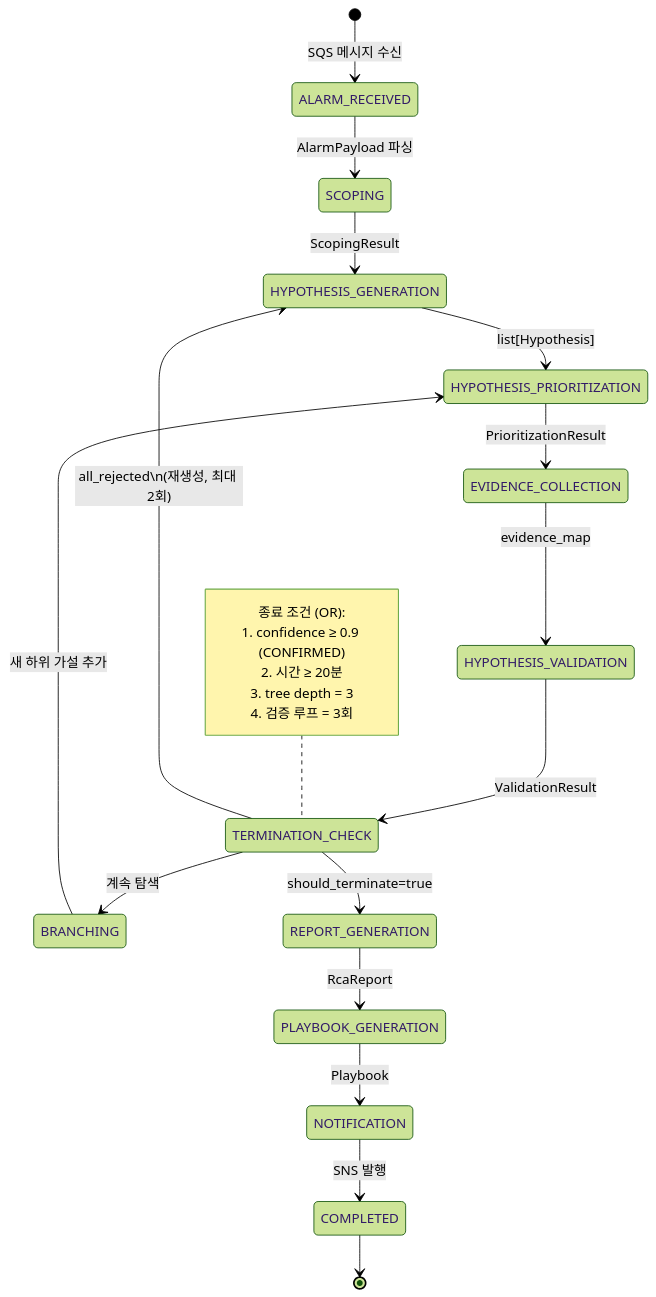
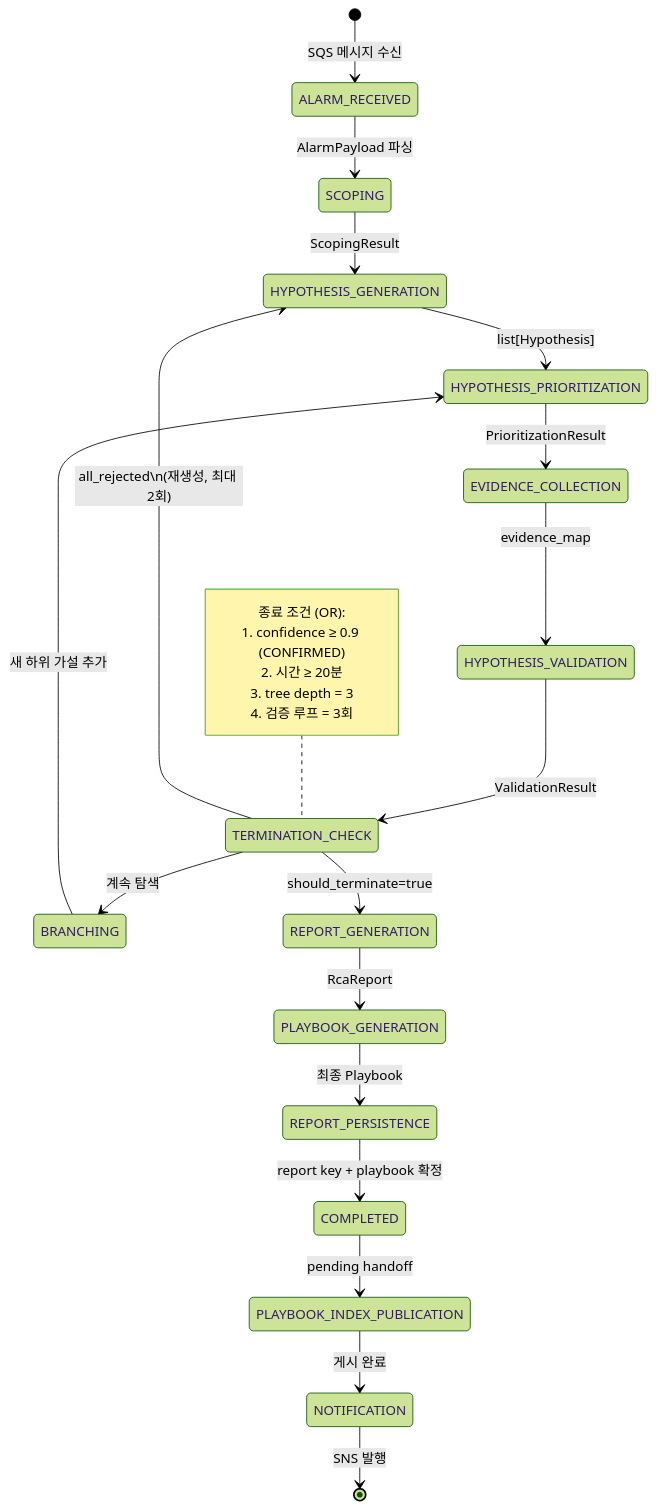
One commit to haandol/rca-agent changed the second of 5 diagrams in docs/architecture.md. Above: the diagram before and after it, drawn with Mermaid (forest theme). The commit also changed other lines of this file and 34 other files, not shown here.

````diff
--- a/docs/architecture.md
+++ b/docs/architecture.md
@@ -141,29 +142,31 @@
 ```mermaid
 stateDiagram-v2
     [*] --> ALARM_RECEIVED: SQS 메시지 수신
     ALARM_RECEIVED --> SCOPING: AlarmPayload 파싱
     SCOPING --> HYPOTHESIS_GENERATION: ScopingResult
     HYPOTHESIS_GENERATION --> HYPOTHESIS_PRIORITIZATION: list[Hypothesis]
     HYPOTHESIS_PRIORITIZATION --> EVIDENCE_COLLECTION: PrioritizationResult
     EVIDENCE_COLLECTION --> HYPOTHESIS_VALIDATION: evidence_map
     HYPOTHESIS_VALIDATION --> TERMINATION_CHECK: ValidationResult
 
     state TERMINATION_CHECK <<choice>>
     TERMINATION_CHECK --> BRANCHING: 계속 탐색
     TERMINATION_CHECK --> REPORT_GENERATION: should_terminate=true
     TERMINATION_CHECK --> HYPOTHESIS_GENERATION: all_rejected\n(재생성, 최대 2회)
 
     note left of TERMINATION_CHECK
         종료 조건 (OR):
         1. confidence ≥ 0.9 (CONFIRMED)
         2. 시간 ≥ 20분
         3. tree depth = 3
         4. 검증 루프 = 3회
     end note
 
     BRANCHING --> HYPOTHESIS_PRIORITIZATION: 새 하위 가설 추가
     REPORT_GENERATION --> PLAYBOOK_GENERATION: RcaReport
-    PLAYBOOK_GENERATION --> NOTIFICATION: Playbook
-    NOTIFICATION --> COMPLETED: SNS 발행
-    COMPLETED --> [*]
+    PLAYBOOK_GENERATION --> REPORT_PERSISTENCE: 최종 Playbook
+    REPORT_PERSISTENCE --> COMPLETED: report key + playbook 확정
+    COMPLETED --> PLAYBOOK_INDEX_PUBLICATION: pending handoff
+    PLAYBOOK_INDEX_PUBLICATION --> NOTIFICATION: 게시 완료
+    NOTIFICATION --> [*]: SNS 발행
 ```
````
